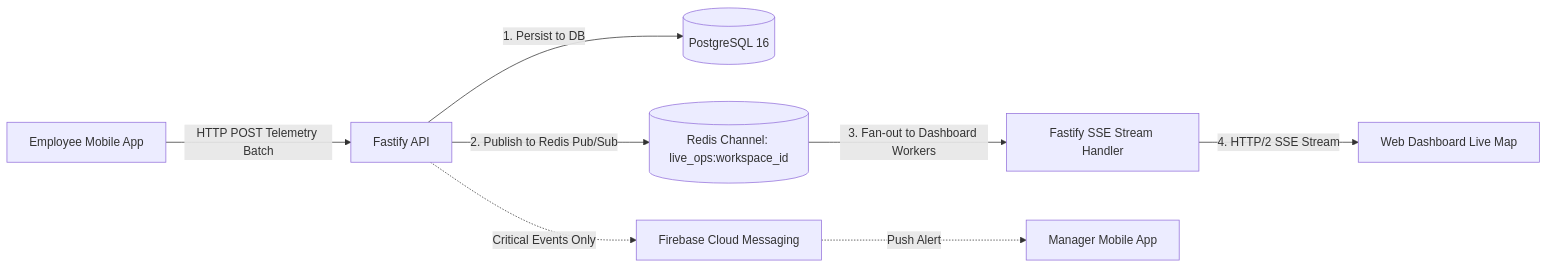
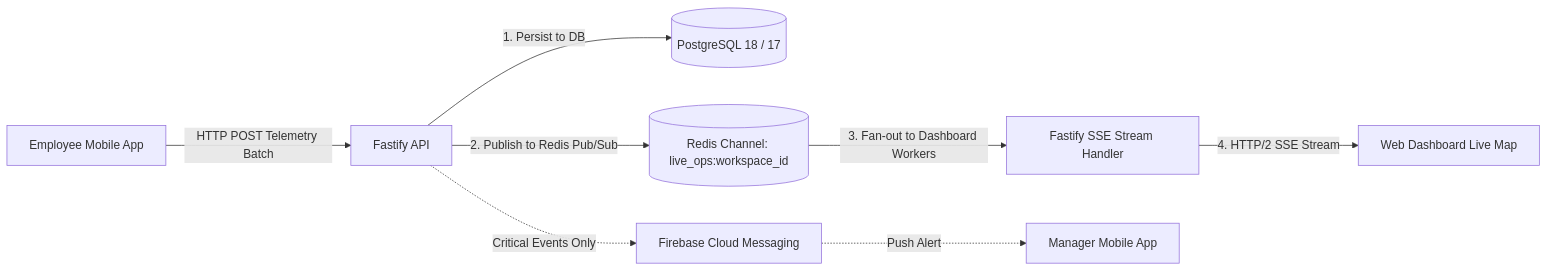
The diagram in docs/architecture/ADR-010-realtime.md (djsushilkumar/oprino), drawn with Mermaid before and after one commit. The commit also changed 151 other files, not shown here.

Commit message:
chore: freeze Flutter architecture and Phase 01B baseline

````diff
--- a/docs/architecture/ADR-010-realtime.md
+++ b/docs/architecture/ADR-010-realtime.md
@@ -93,12 +93,12 @@
 ```mermaid
 flowchart LR
     WorkerMobile[Employee Mobile App] -->|HTTP POST Telemetry Batch| API[Fastify API]
-    API -->|1. Persist to DB| DB[(PostgreSQL 16)]
+    API -->|1. Persist to DB| DB[(PostgreSQL 18 / 17)]
     API -->|2. Publish to Redis Pub/Sub| Redis[(Redis Channel: live_ops:workspace_id)]
     
     Redis -->|3. Fan-out to Dashboard Workers| SSEStream[Fastify SSE Stream Handler]
     SSEStream -->|4. HTTP/2 SSE Stream| WebDashboard[Web Dashboard Live Map]
     
     API -.->|Critical Events Only| FCM[Firebase Cloud Messaging]
     FCM -.->|Push Alert| ManagerMobile[Manager Mobile App]
 ```
````
